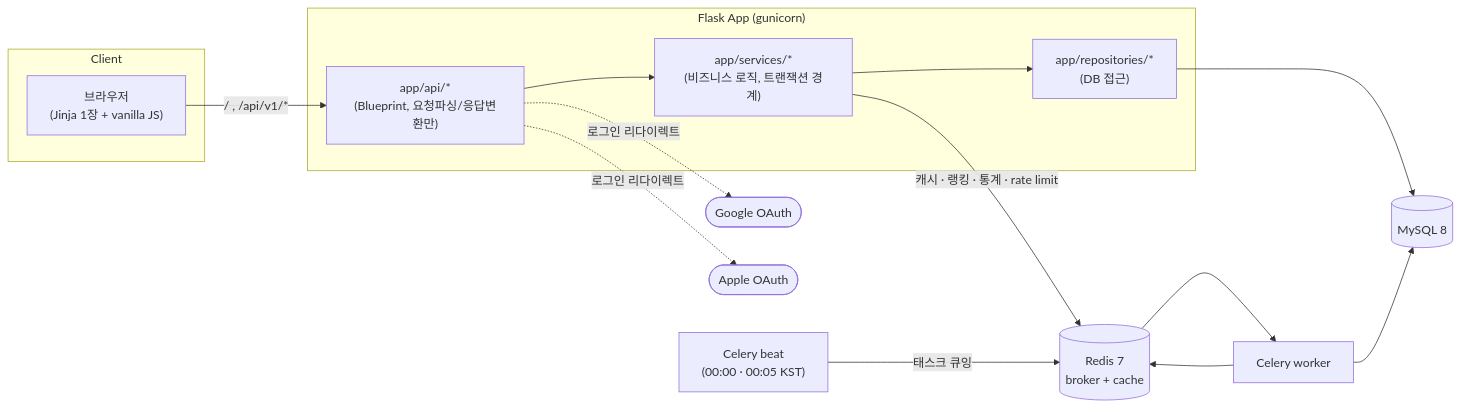
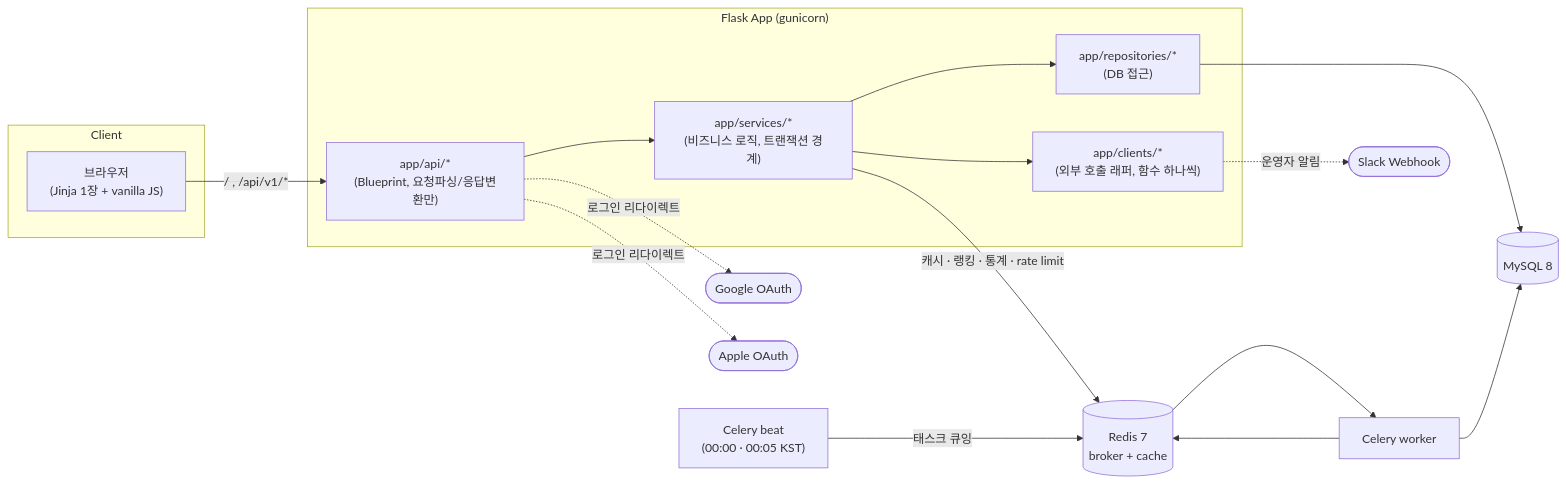
The diagram in README.md (dosaem/chosung-daily), drawn with Mermaid before and after one commit. The commit also changed other lines of this file, not shown here.

First line of the commit message:
README 설계 판단에 01 항목 3개 추가(래퍼/판정 분리·Slack·CSRF)

````diff
--- a/README.md
+++ b/README.md
@@ -22,31 +22,35 @@
 ```mermaid
 graph LR
     subgraph Client
         Browser["브라우저<br/>(Jinja 1장 + vanilla JS)"]
     end
 
     subgraph "Flask App (gunicorn)"
         API["app/api/*<br/>(Blueprint, 요청파싱/응답변환만)"]
         SVC["app/services/*<br/>(비즈니스 로직, 트랜잭션 경계)"]
         REPO["app/repositories/*<br/>(DB 접근)"]
+        CLIENTS["app/clients/*<br/>(외부 호출 래퍼, 함수 하나씩)"]
         API --> SVC --> REPO
+        SVC --> CLIENTS
     end
 
     MySQL[("MySQL 8")]
     Redis[("Redis 7<br/>broker + cache")]
     Worker["Celery worker"]
     Beat["Celery beat<br/>(00:00 · 00:05 KST)"]
     Google(["Google OAuth"])
     Apple(["Apple OAuth"])
+    Slack(["Slack Webhook"])
 
     Browser -->|"/ , /api/v1/*"| API
     REPO --> MySQL
     SVC -->|캐시 · 랭킹 · 통계 · rate limit| Redis
     API -.->|로그인 리다이렉트| Google
     API -.->|로그인 리다이렉트| Apple
+    CLIENTS -.->|운영자 알림| Slack
 
     Beat -->|태스크 큐잉| Redis
     Redis --> Worker
     Worker --> MySQL
     Worker --> Redis
 ```
````
